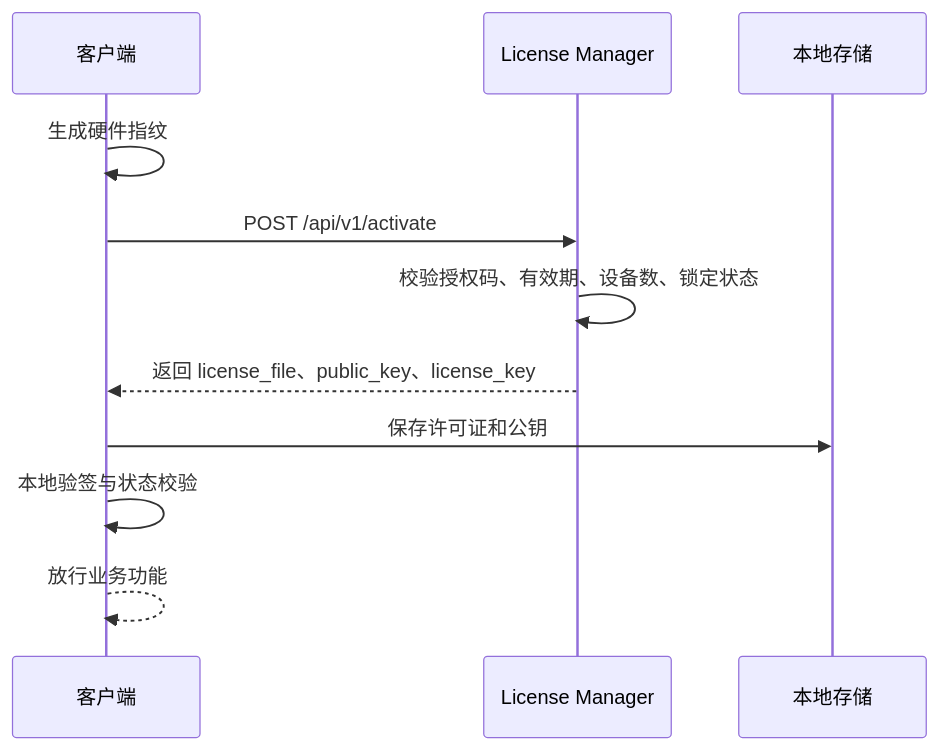
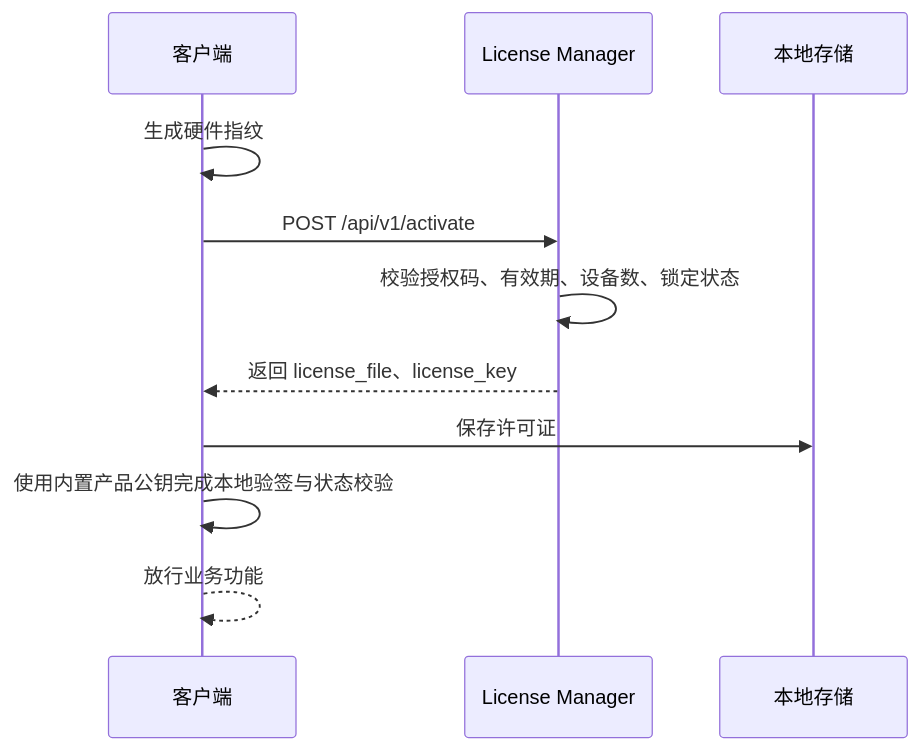
The diagram in docs/developer/activation-online.md (cedar-v/license-manager-docs), drawn with Mermaid before and after one commit. The commit also changed other lines of this file and 18 other files, not shown here.

Commit message:
feat: Update developer documentation to emphasize the importance of embedding the product public key in client code, clarify the handling of activation responses, and streamline the license validation process, enhancing overall integration guidance for developers.

````diff
--- a/docs/developer/activation-online.md
+++ b/docs/developer/activation-online.md
@@ -14,14 +14,14 @@
 ```mermaid
 sequenceDiagram
     participant Client as 客户端
     participant LM as License Manager
     participant Local as 本地存储
 
     Client->>Client: 生成硬件指纹
     Client->>LM: POST /api/v1/activate
     LM->>LM: 校验授权码、有效期、设备数、锁定状态
-    LM-->>Client: 返回 license_file、public_key、license_key
-    Client->>Local: 保存许可证和公钥
-    Client->>Client: 本地验签与状态校验
+    LM-->>Client: 返回 license_file、license_key
+    Client->>Local: 保存许可证
+    Client->>Client: 使用内置产品公钥完成本地验签与状态校验
     Client-->>Client: 放行业务功能
 ```
````
